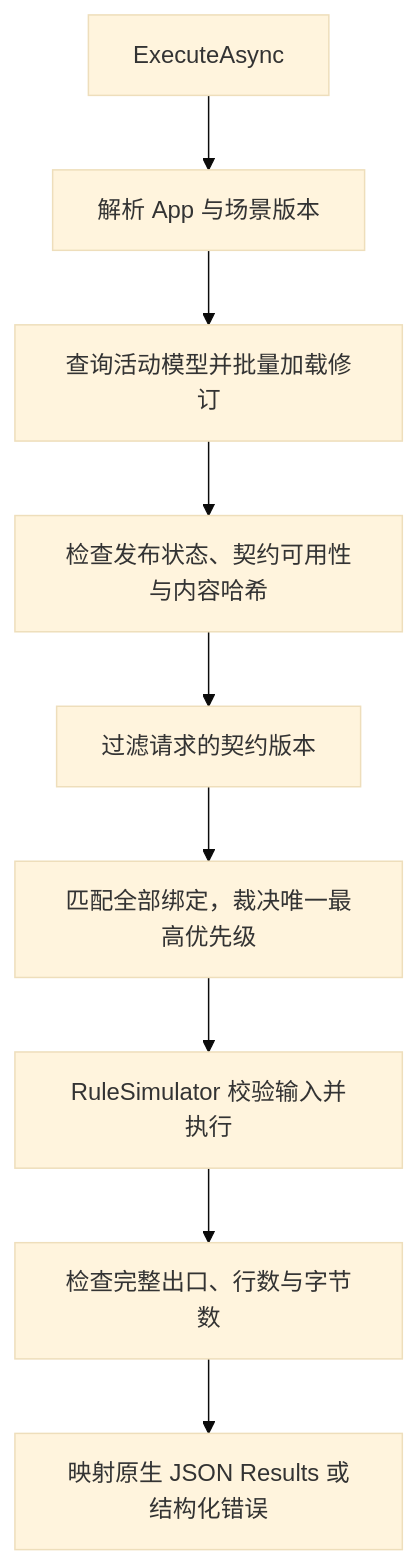
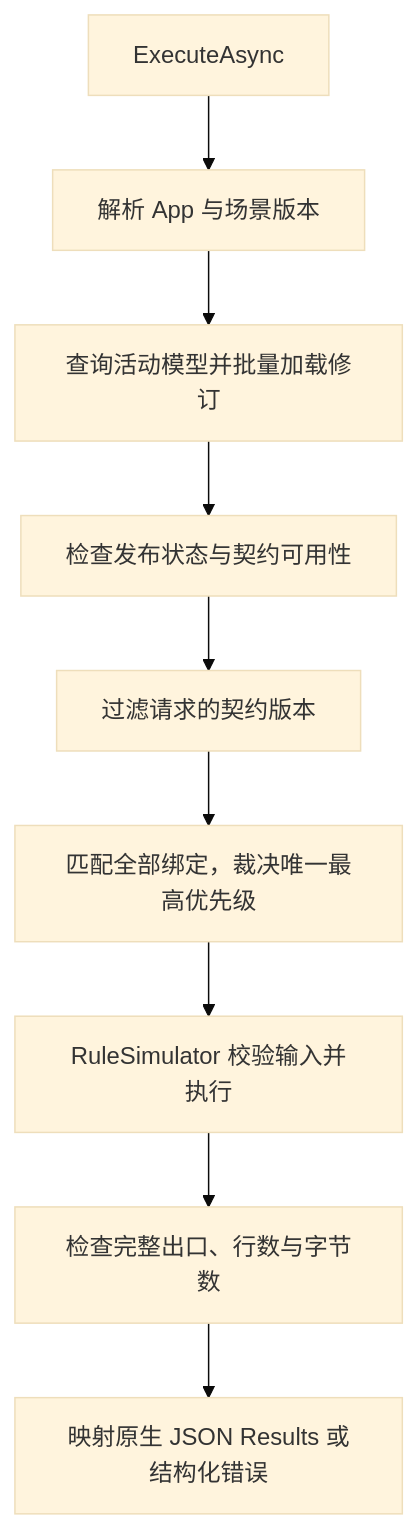
One commit to zhousl0801/NRuleEngine changed the third of 3 diagrams in docs/architecture/overview.md. Above: the diagram before and after it, drawn with Mermaid (base theme). The commit also changed other lines of this file and 69 other files, not shown here.

````diff
--- a/docs/architecture/overview.md
+++ b/docs/architecture/overview.md
@@ -135,11 +134,11 @@
 ```mermaid
 flowchart TD
     A[ExecuteAsync] --> B[解析 App 与场景版本]
     B --> C[查询活动模型并批量加载修订]
-    C --> D[检查发布状态、契约可用性与内容哈希]
+    C --> D[检查发布状态与契约可用性]
     D --> E[过滤请求的契约版本]
     E --> F[匹配全部绑定，裁决唯一最高优先级]
     F --> G[RuleSimulator 校验输入并执行]
     G --> H[检查完整出口、行数与字节数]
     H --> I[映射原生 JSON Results 或结构化错误]
 ```
````
